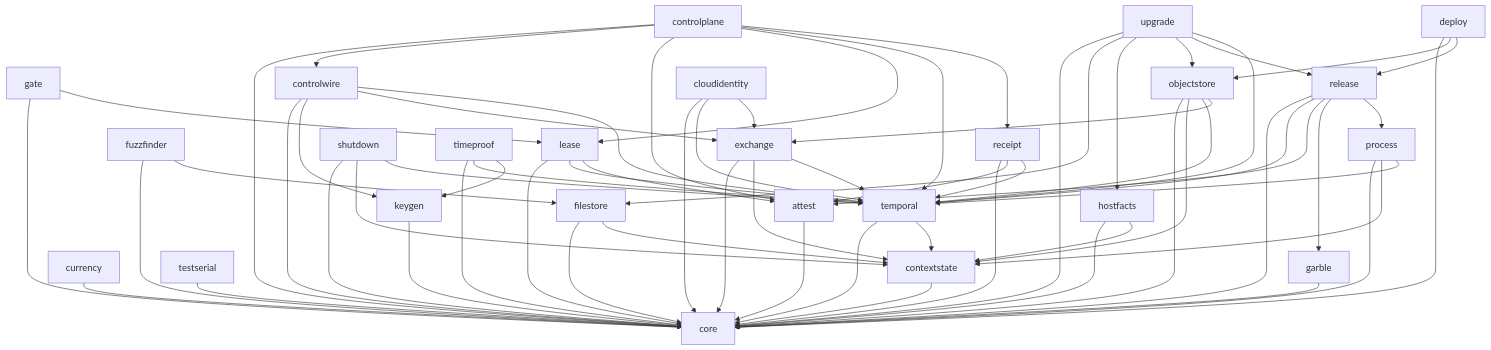
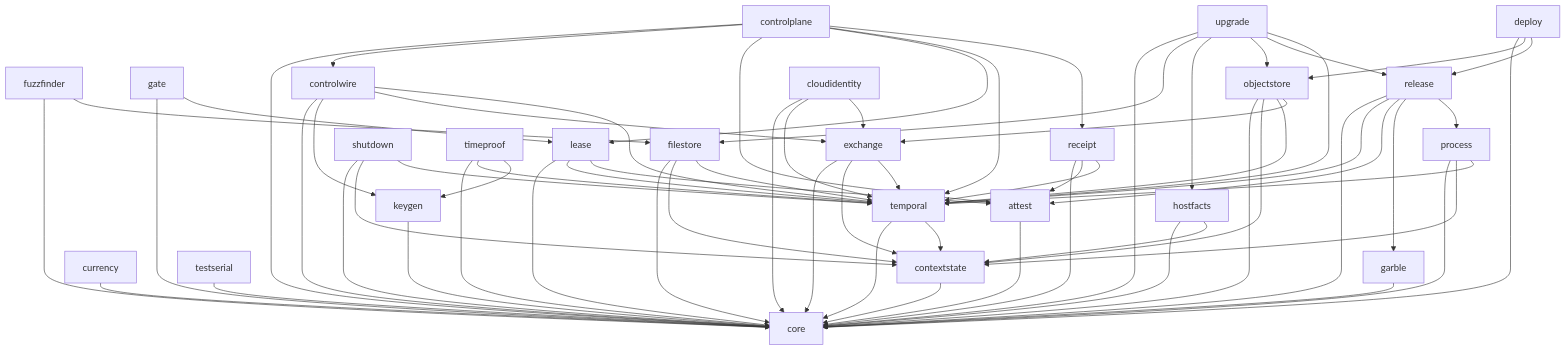
Before and after one commit to deliri/primitive: the diagram in README.md, drawn with Mermaid. The commit also changed 11 other files, not shown here.

````diff
--- a/README.md
+++ b/README.md
@@ -26,75 +26,76 @@
 ```mermaid
 flowchart TD
     core[core]
 
     attest[attest] --> core
     contextstate[contextstate] --> core
     currency[currency] --> core
     garble[garble] --> core
     keygen[keygen] --> core
     testserial[testserial] --> core
 
     filestore[filestore] --> core
     filestore --> contextstate
+    filestore --> temporal
     hostfacts[hostfacts] --> core
     hostfacts --> contextstate
     temporal[temporal] --> core
     temporal --> contextstate
 
     exchange[exchange] --> core
     exchange --> contextstate
     exchange --> temporal
     fuzzfinder[fuzzfinder] --> core
     fuzzfinder --> filestore
     lease[lease] --> core
     lease --> temporal
     lease --> attest
     gate[gate] --> core
     gate --> lease
     receipt[receipt] --> core
     receipt --> attest
     receipt --> temporal
     controlwire[controlwire] --> core
     controlwire --> keygen
     controlwire --> exchange
     controlwire --> temporal
     controlplane[controlplane] --> core
     controlplane --> controlwire
     controlplane --> attest
     controlplane --> lease
     controlplane --> temporal
     controlplane --> receipt
     process[process] --> core
     process --> contextstate
     process --> temporal
     release[release] --> core
     release --> temporal
     release --> attest
     release --> garble
     release --> process
     shutdown[shutdown] --> core
     shutdown --> contextstate
     shutdown --> temporal
 
     objectstore[objectstore] --> core
     objectstore --> contextstate
     objectstore --> temporal
     objectstore --> exchange
     timeproof[timeproof] --> core
     timeproof --> temporal
     timeproof --> keygen
     cloudidentity[cloudidentity] --> core
     cloudidentity --> temporal
     cloudidentity --> exchange
 
     deploy[deploy] --> core
     deploy --> objectstore
     deploy --> release
 
     upgrade[upgrade] --> core
     upgrade --> filestore
     upgrade --> hostfacts
     upgrade --> objectstore
     upgrade --> release
     upgrade --> temporal
 ```
````
